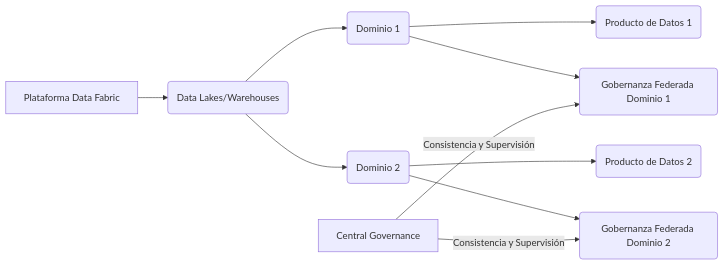
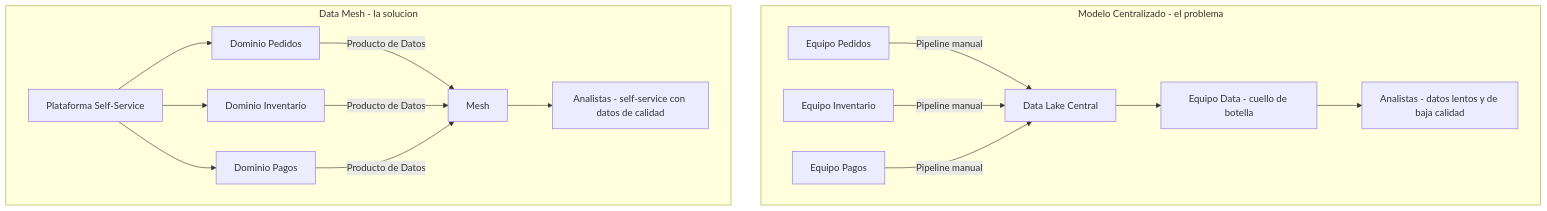
One commit to Joaquinriosheredia/DAM-Java-Mastery changed the first of 5 diagrams in 07_BigData_Streaming/data_mesh:_descentralización_de_la_propiedad_del_dato_STAFF.md. Above: the diagram before and after it, drawn with Mermaid. The commit also changed other lines of this file and 1 other file, not shown here.

Commit message:
feat: Data Mesh y Sistemas Multi-Agente — guías Staff refinadas

````diff
--- a/07_BigData_Streaming/data_mesh:_descentralización_de_la_propiedad_del_dato_STAFF.md
+++ b/07_BigData_Streaming/data_mesh:_descentralización_de_la_propiedad_del_dato_STAFF.md
@@ -29,11 +28,19 @@
 ```mermaid
-graph LR;
-    A[Plataforma Data Fabric] --> B(Data Lakes/Warehouses)
-    B --> C(Dominio 1)
-    B --> D(Dominio 2)
-    C --> E(Producto de Datos 1)
-    D --> F(Producto de Datos 2)
-    C --> G(Gobernanza Federada Dominio 1)
-    D --> H(Gobernanza Federada Dominio 2)
-    I[Central Governance] -->|Consistencia y Supervisión| G & H
+graph TD
+    subgraph Modelo Centralizado - el problema
+        A[Equipo Pedidos] -->|Pipeline manual| B[Data Lake Central]
+        C[Equipo Inventario] -->|Pipeline manual| B
+        D[Equipo Pagos] -->|Pipeline manual| B
+        B --> E[Equipo Data - cuello de botella]
+        E --> F[Analistas - datos lentos y de baja calidad]
+    end
+    subgraph Data Mesh - la solucion
+        G[Dominio Pedidos] -->|Producto de Datos| H[Mesh]
+        I[Dominio Inventario] -->|Producto de Datos| H
+        J[Dominio Pagos] -->|Producto de Datos| H
+        H --> K[Analistas - self-service con datos de calidad]
+        L[Plataforma Self-Service] --> G
+        L --> I
+        L --> J
+    end
 ```
````
